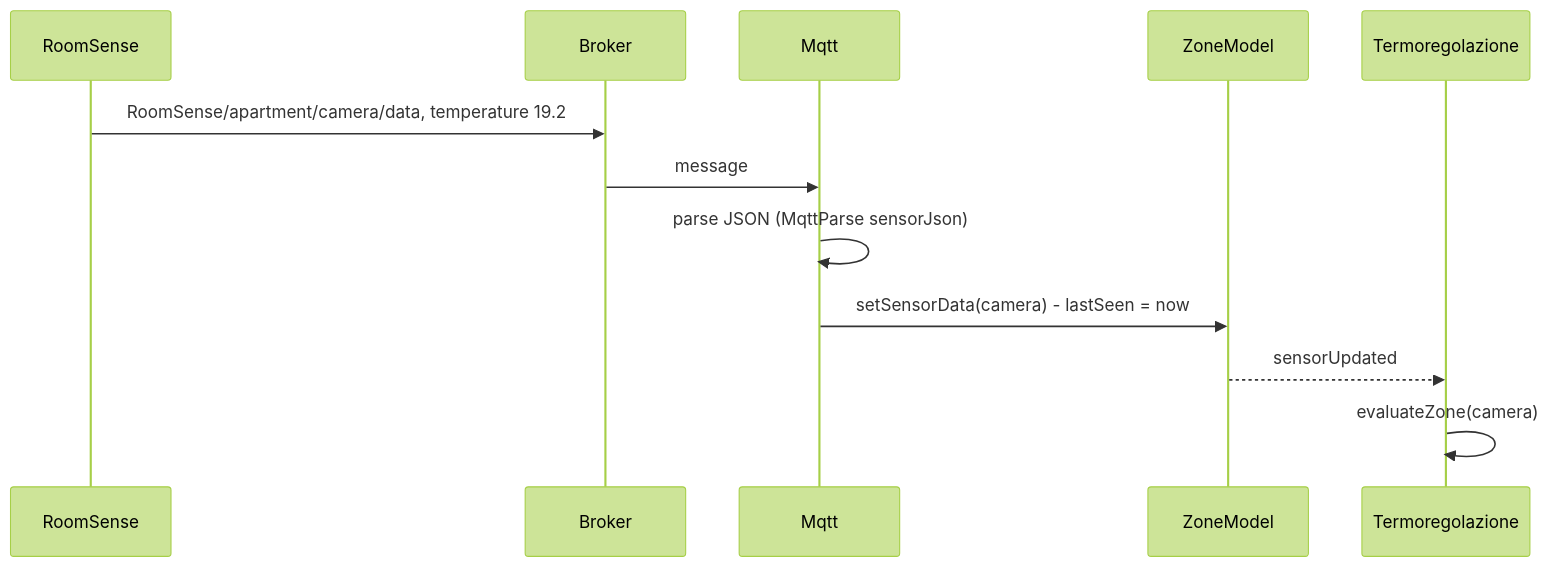
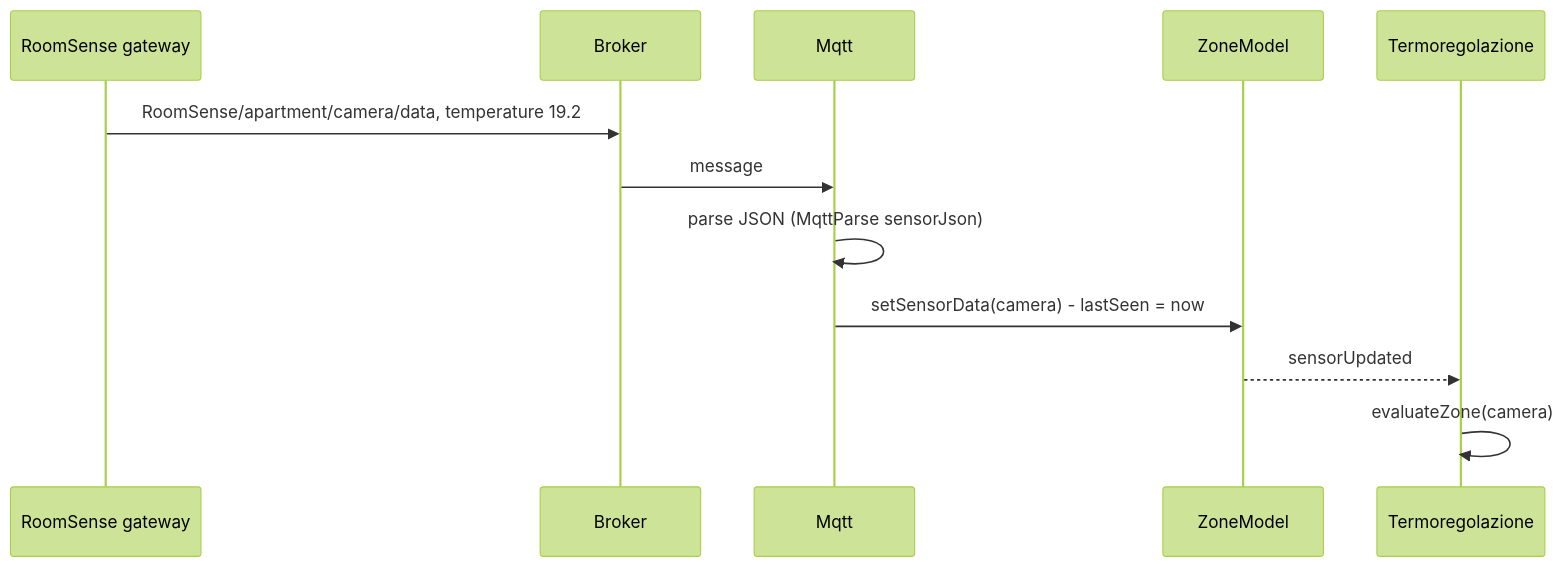
The fifth of 10 diagrams in docs/DOCUMENTATION.md (ska/AcquaThermoNet), drawn with Mermaid (forest theme) before and after one commit. The commit also changed other lines of this file and 21 other files, not shown here.

````diff
--- a/docs/DOCUMENTATION.md
+++ b/docs/DOCUMENTATION.md
@@ -402,15 +409,15 @@
 ```mermaid
 sequenceDiagram
-    participant S as RoomSense
+    participant S as RoomSense gateway
     participant B as Broker
     participant MQ as Mqtt
     participant ZM as ZoneModel
     participant TR as Termoregolazione
 
     S->>B: RoomSense/apartment/camera/data, temperature 19.2
     B->>MQ: message
     MQ->>MQ: parse JSON (MqttParse sensorJson)
     MQ->>ZM: setSensorData(camera) - lastSeen = now
     ZM-->>TR: sensorUpdated
     TR->>TR: evaluateZone(camera)
 ```
````
